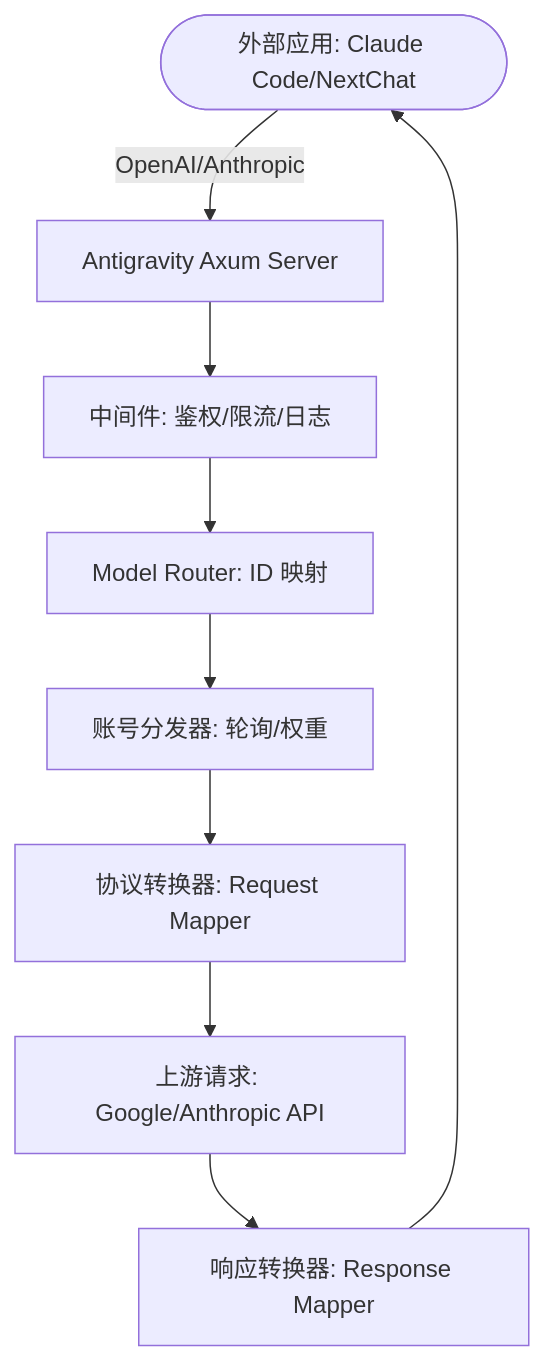
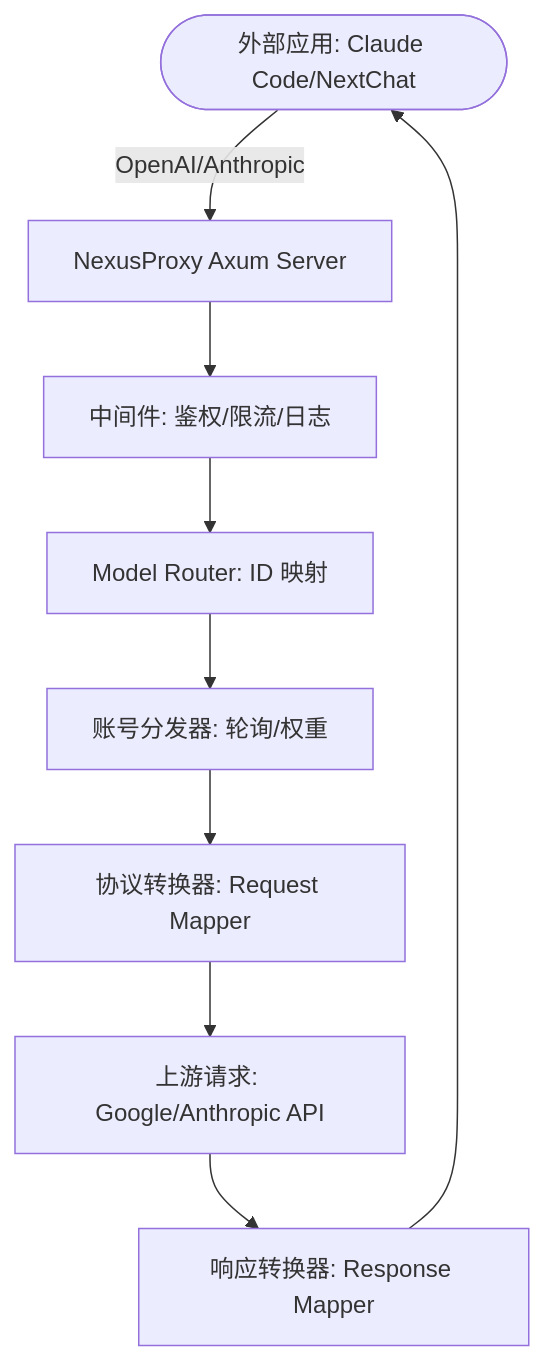
The diagram in README.md (l11223/antigravity-tools), drawn with Mermaid before and after one commit. The commit also changed other lines of this file and 91 other files, not shown here.

Commit message:
rebrand: rename to NexusProxy, new icon, update all references

````diff
--- a/README.md
+++ b/README.md
@@ -98,11 +98,11 @@
 ```mermaid
 graph TD
-    Client([外部应用: Claude Code/NextChat]) -->|OpenAI/Anthropic| Gateway[Antigravity Axum Server]
+    Client([外部应用: Claude Code/NextChat]) -->|OpenAI/Anthropic| Gateway[NexusProxy Axum Server]
     Gateway --> Middleware[中间件: 鉴权/限流/日志]
     Middleware --> Router[Model Router: ID 映射]
     Router --> Dispatcher[账号分发器: 轮询/权重]
     Dispatcher --> Mapper[协议转换器: Request Mapper]
     Mapper --> Upstream[上游请求: Google/Anthropic API]
     Upstream --> ResponseMapper[响应转换器: Response Mapper]
     ResponseMapper --> Client
 ```
````
